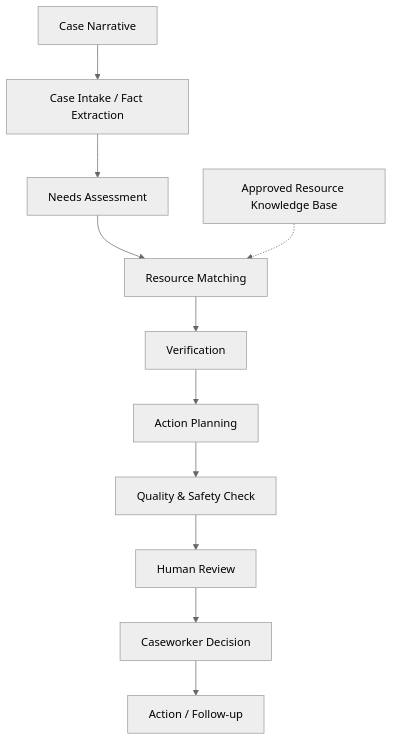
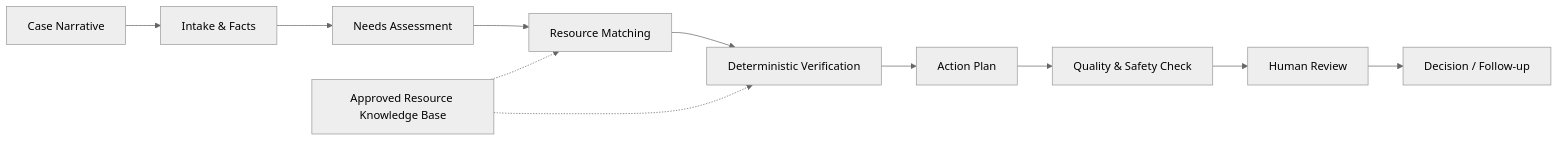
The diagram in README.md (Govind-553/MigrantAid-Case-to-Action-Agent), drawn with Mermaid (neutral theme) before and after one commit. The commit also changed other lines of this file and 13 other files, not shown here.

````diff
--- a/README.md
+++ b/README.md
@@ -101,14 +101,14 @@
 ```mermaid
-flowchart TD
-    A[Case Narrative] --> B[Case Intake / Fact Extraction]
+flowchart LR
+    A[Case Narrative] --> B[Intake & Facts]
     B --> C[Needs Assessment]
     C --> D[Resource Matching]
-    D --> E[Verification]
-    E --> F[Action Planning]
+    D --> E[Deterministic Verification]
+    E --> F[Action Plan]
     F --> G[Quality & Safety Check]
     G --> H[Human Review]
-    H --> I[Caseworker Decision]
-    I --> J[Action / Follow-up]
+    H --> I[Decision / Follow-up]
 
     M[Approved Resource Knowledge Base] -.-> D
+    M -.-> E
 ```
````
